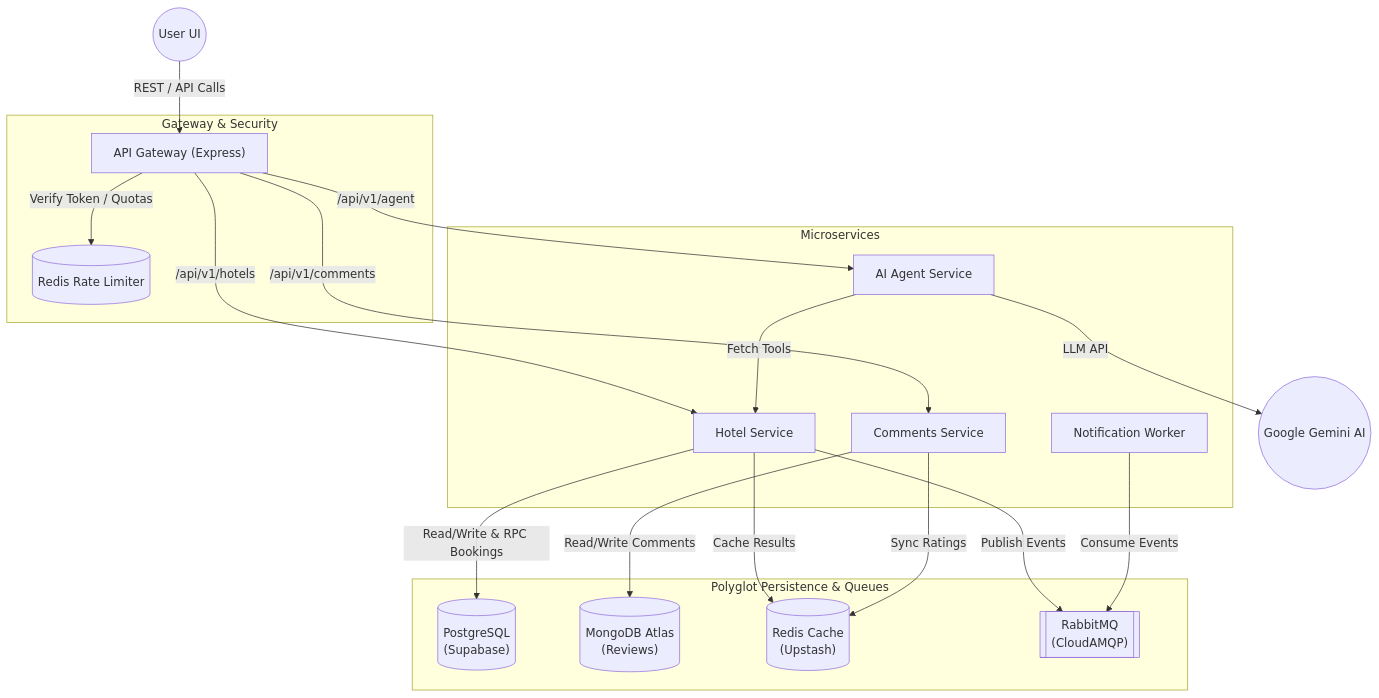
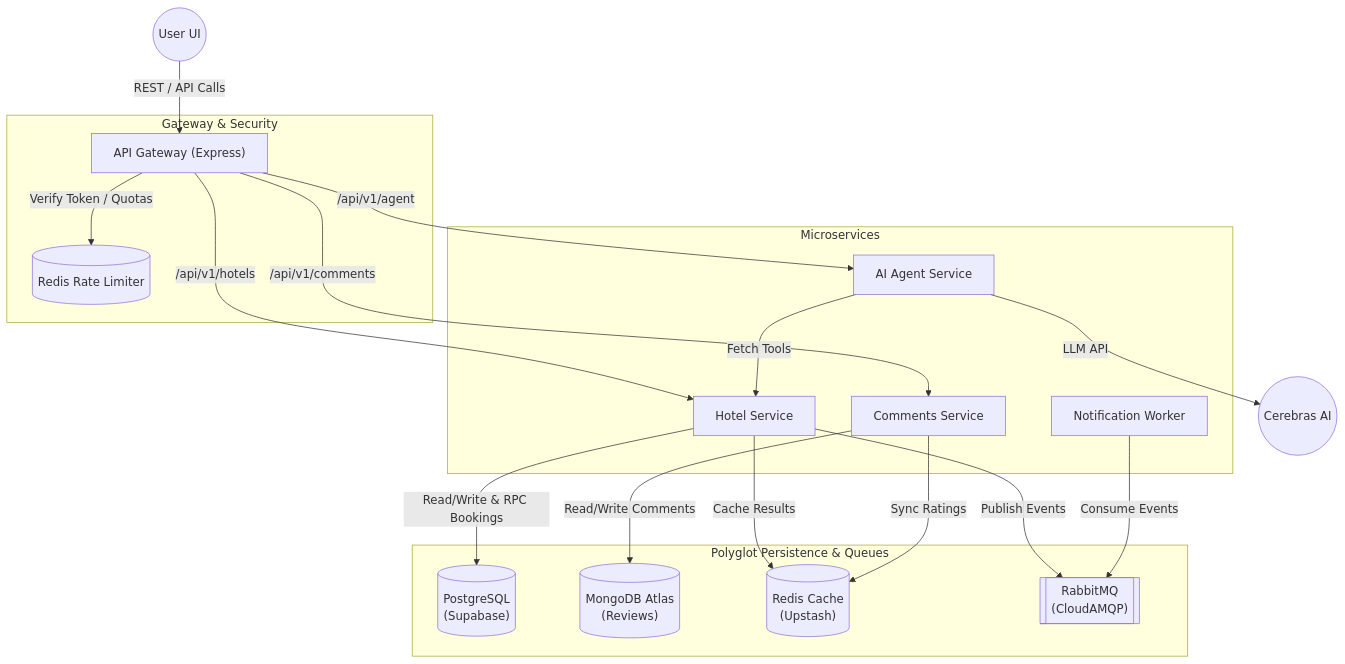
Before and after one commit to memdo/hotello: the first of 4 diagrams in README.md, drawn with Mermaid. The commit also changed other lines of this file, not shown here.

````diff
--- a/README.md
+++ b/README.md
@@ -68,48 +68,48 @@
 ```mermaid
 flowchart TD
     %% Entities
     User((User UI))
     
     %% API Gateway Layer
     subgraph GatewayLayer [Gateway & Security]
         Gateway["API Gateway (Express)"]
         RateLimiter[("Redis Rate Limiter")]
     end
     
     %% Microservices Layer
     subgraph ServicesLayer [Microservices]
         HotelService["Hotel Service"]
         AgentService["AI Agent Service"]
         CommentsService["Comments Service"]
         NotifWorker["Notification Worker"]
     end
     
     %% Data Persistence Layer
     subgraph PersistenceLayer [Polyglot Persistence & Queues]
         Supabase[("PostgreSQL<br/>(Supabase)")]
         MongoDB[("MongoDB Atlas<br/>(Reviews)")]
         RedisCache[("Redis Cache<br/>(Upstash)")]
         RabbitMQ[["RabbitMQ<br/>(CloudAMQP)"]]
     end
     
     %% Connections
     User -- "REST / API Calls" --> Gateway
     Gateway -- "Verify Token / Quotas" --> RateLimiter
     
     Gateway -- "/api/v1/hotels" --> HotelService
     Gateway -- "/api/v1/agent" --> AgentService
     Gateway -- "/api/v1/comments" --> CommentsService
     
     %% Service to DB connections
     HotelService -- "Read/Write & RPC Bookings" --> Supabase
     HotelService -- "Cache Results" --> RedisCache
     HotelService -- "Publish Events" --> RabbitMQ
     
     CommentsService -- "Read/Write Comments" --> MongoDB
     CommentsService -- "Sync Ratings" --> RedisCache
     
     AgentService -- "Fetch Tools" --> HotelService
-    AgentService -- "LLM API" --> Gemini((Google Gemini AI))
+    AgentService -- "LLM API" --> Cerebras((Cerebras AI))
     
     NotifWorker -- "Consume Events" --> RabbitMQ
 ```
````
